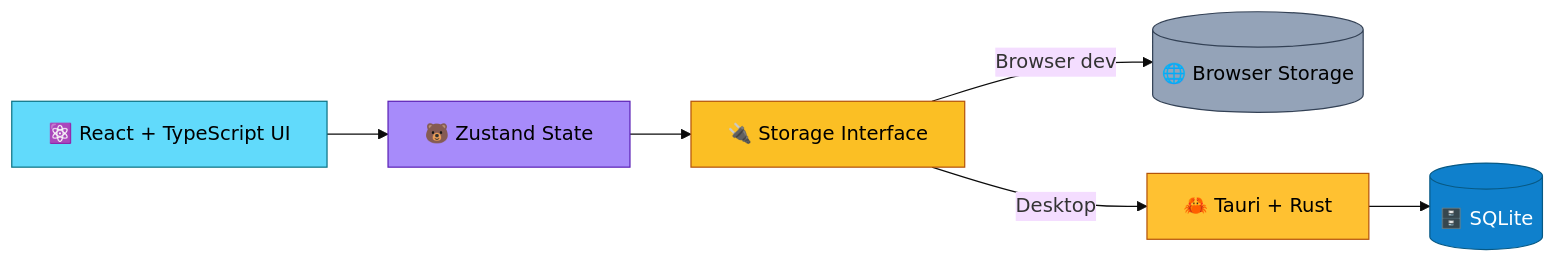
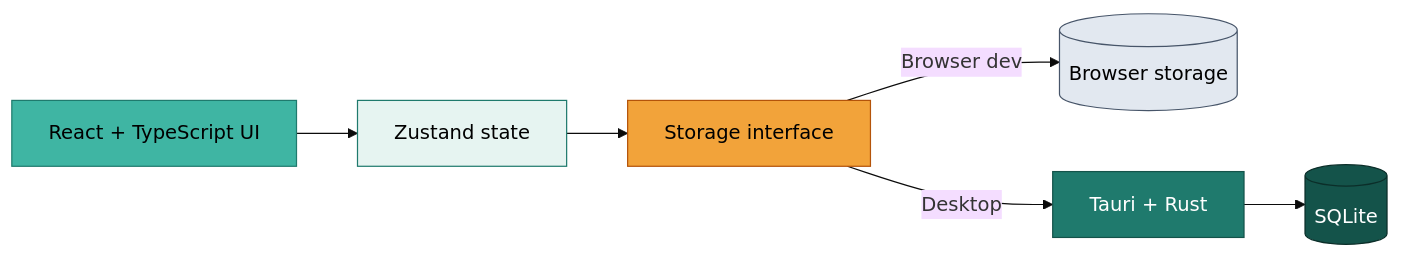
The diagram in README.md (arnabsaha7/dewtask), drawn with Mermaid (base theme) before and after one commit. The commit also changed other lines of this file and 5 other files, not shown here.

````diff
--- a/README.md
+++ b/README.md
@@ -144,15 +148,15 @@
 ```mermaid
 flowchart LR
-    UI["⚛️ React + TypeScript UI"] --> Store["🐻 Zustand State"]
-    Store --> Abstraction["🔌 Storage Interface"]
-    Abstraction -->|Browser dev| Browser[("🌐 Browser Storage")]
-    Abstraction -->|Desktop| Tauri["🦀 Tauri + Rust"]
-    Tauri --> SQLite[("🗄️ SQLite")]
+    UI["React + TypeScript UI"] --> Store["Zustand state"]
+    Store --> Abstraction["Storage interface"]
+    Abstraction -->|Browser dev| Browser[("Browser storage")]
+    Abstraction -->|Desktop| Tauri["Tauri + Rust"]
+    Tauri --> SQLite[("SQLite")]
 
-    style UI fill:#61DAFB,stroke:#0b7285,color:#000
-    style Store fill:#a78bfa,stroke:#5b21b6,color:#000
-    style Abstraction fill:#fbbf24,stroke:#b45309,color:#000
-    style Browser fill:#94a3b8,stroke:#334155,color:#000
-    style Tauri fill:#FFC131,stroke:#b45309,color:#000
-    style SQLite fill:#0F80CC,stroke:#075985,color:#fff
+    style UI fill:#3FB5A3,stroke:#1F7A6D,color:#000
+    style Store fill:#e6f4f1,stroke:#1F7A6D,color:#000
+    style Abstraction fill:#F2A33A,stroke:#b45309,color:#000
+    style Browser fill:#e2e8f0,stroke:#475569,color:#000
+    style Tauri fill:#1F7A6D,stroke:#14534a,color:#fff
+    style SQLite fill:#14534a,stroke:#0b2e29,color:#fff
 ```
````
